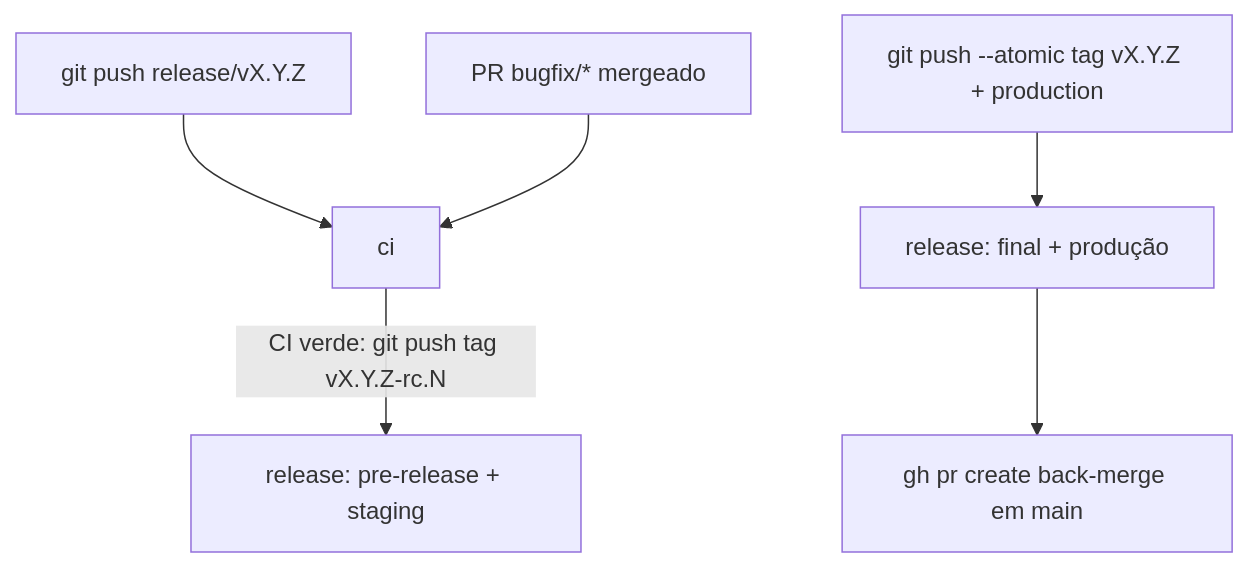
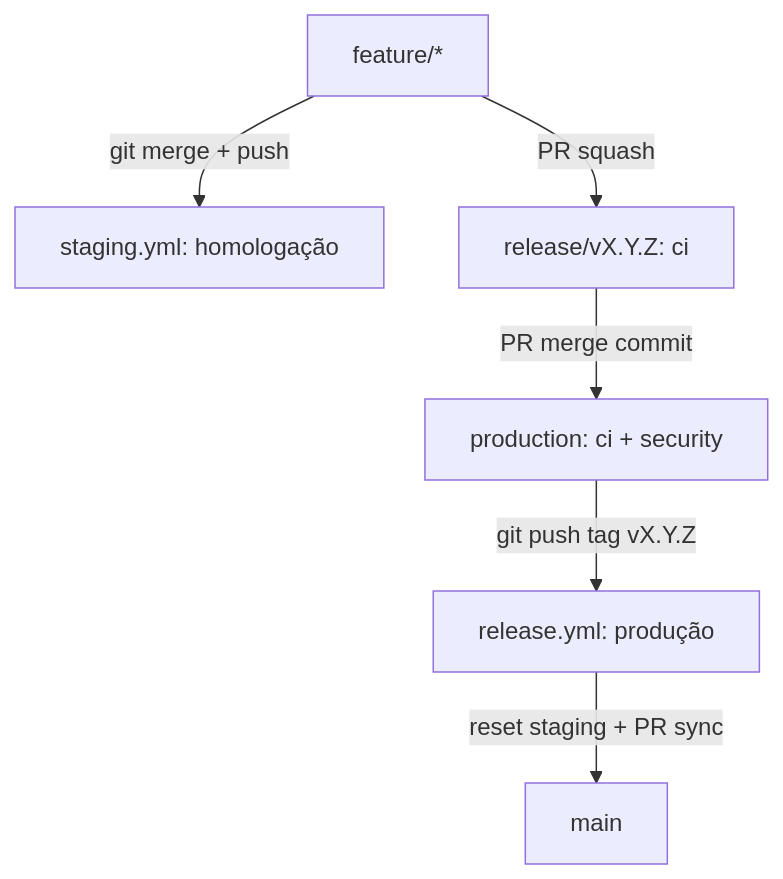
The diagram in GitFlow/05-automacao.md (uesleinasch/ConventionsCode), drawn with Mermaid before and after one commit. The commit also changed other lines of this file and 20 other files, not shown here.

First line of the commit message:
feat(gitflow)!: adota release seletiva a partir de production com staging opcional

````diff
--- a/GitFlow/05-automacao.md
+++ b/GitFlow/05-automacao.md
@@ -14,8 +15,8 @@
 ```mermaid
 flowchart TD
-    A[git push release/vX.Y.Z] --> B[ci]
-    D[PR bugfix/* mergeado] --> B
-    B -->|CI verde: git push tag vX.Y.Z-rc.N| C[release: pre-release + staging]
-    E[git push --atomic tag vX.Y.Z + production] --> F[release: final + produção]
-    F --> G[gh pr create back-merge em main]
+    F[feature/*] -->|git merge + push| S[staging.yml: homologação]
+    F -->|PR squash| R[release/vX.Y.Z: ci]
+    R -->|PR merge commit| P[production: ci + security]
+    P -->|git push tag vX.Y.Z| T[release.yml: produção]
+    T -->|reset staging + PR sync| M[main]
 ```
````
